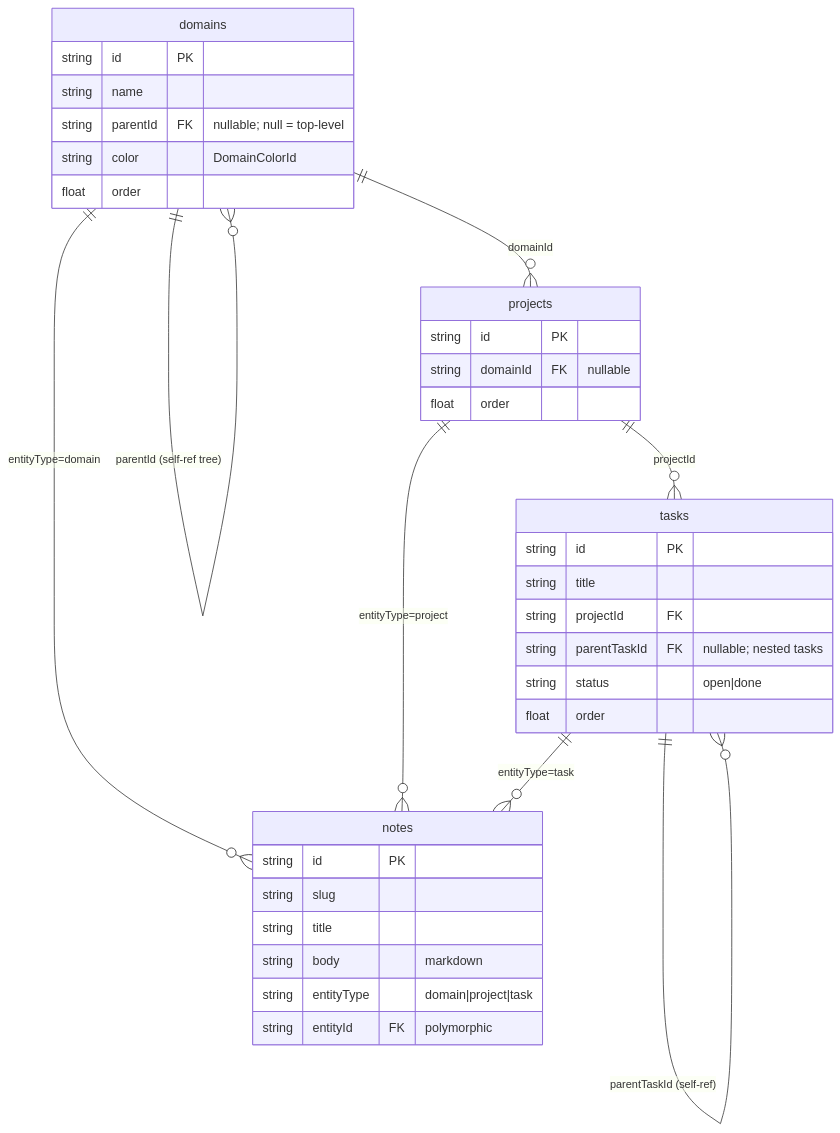
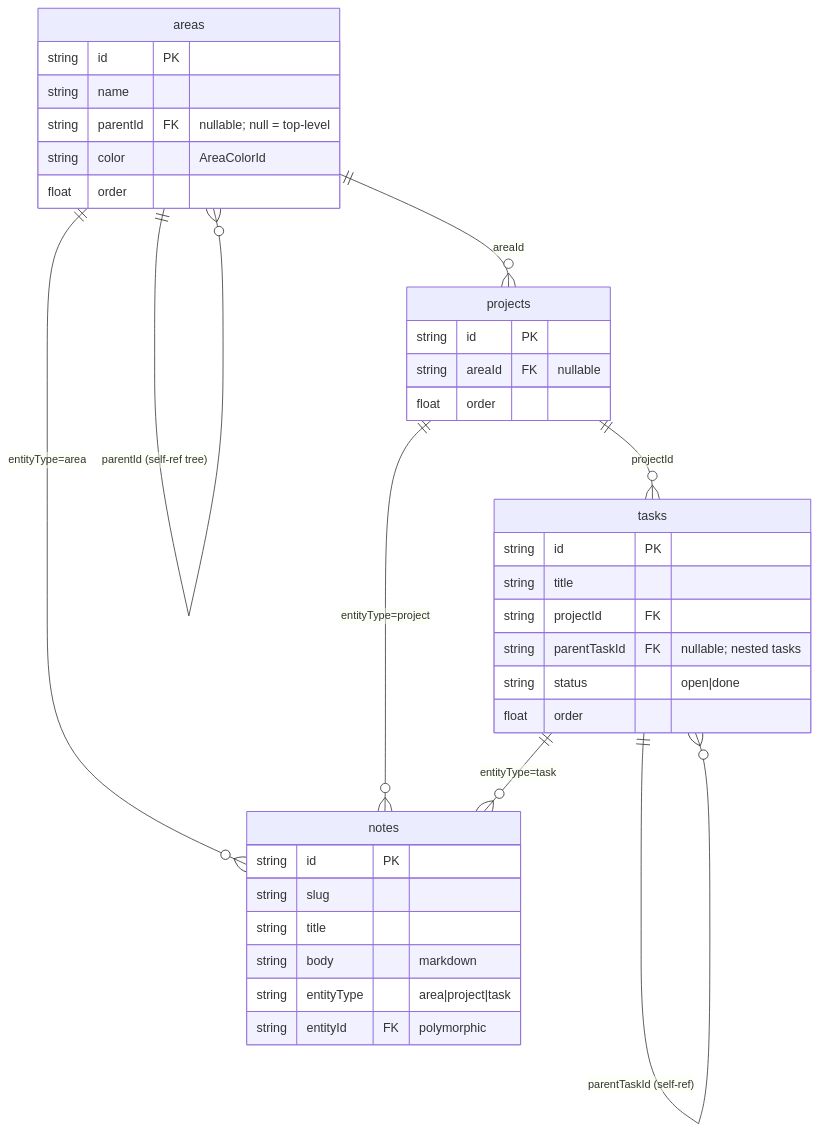
One commit to nibblebot/localaction changed the second of 3 diagrams in docs/architecture.md. Above: the diagram before and after it, drawn with Mermaid. The commit also changed other lines of this file and 32 other files, not shown here.

First line of the commit message:
refactor(rename): rename Domain entity to Area (Life Areas)

````diff
--- a/docs/architecture.md
+++ b/docs/architecture.md
@@ -81,30 +81,30 @@
 ```mermaid
 erDiagram
-  domains ||--o{ domains : "parentId (self-ref tree)"
-  domains ||--o{ projects : "domainId"
-  domains ||--o{ notes : "entityType=domain"
+  areas ||--o{ areas : "parentId (self-ref tree)"
+  areas ||--o{ projects : "areaId"
+  areas ||--o{ notes : "entityType=area"
   projects ||--o{ tasks : "projectId"
   projects ||--o{ notes : "entityType=project"
   tasks ||--o{ tasks : "parentTaskId (self-ref)"
   tasks ||--o{ notes : "entityType=task"
-  domains { string id PK }
-  domains { string name }
-  domains { string parentId FK "nullable; null = top-level" }
-  domains { string color "DomainColorId" }
-  domains { float order }
+  areas { string id PK }
+  areas { string name }
+  areas { string parentId FK "nullable; null = top-level" }
+  areas { string color "AreaColorId" }
+  areas { float order }
   projects { string id PK }
-  projects { string domainId FK "nullable" }
+  projects { string areaId FK "nullable" }
   projects { float order }
   tasks { string id PK }
   tasks { string title }
   tasks { string projectId FK }
   tasks { string parentTaskId FK "nullable; nested tasks" }
   tasks { string status "open|done" }
   tasks { float order }
   notes { string id PK }
   notes { string slug }
   notes { string title }
   notes { string body "markdown" }
-  notes { string entityType "domain|project|task" }
+  notes { string entityType "area|project|task" }
   notes { string entityId FK "polymorphic" }
 ```
````
